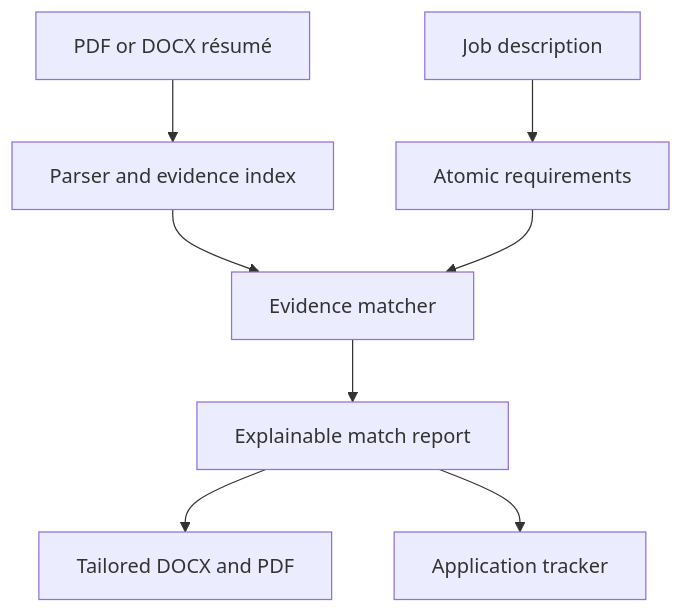
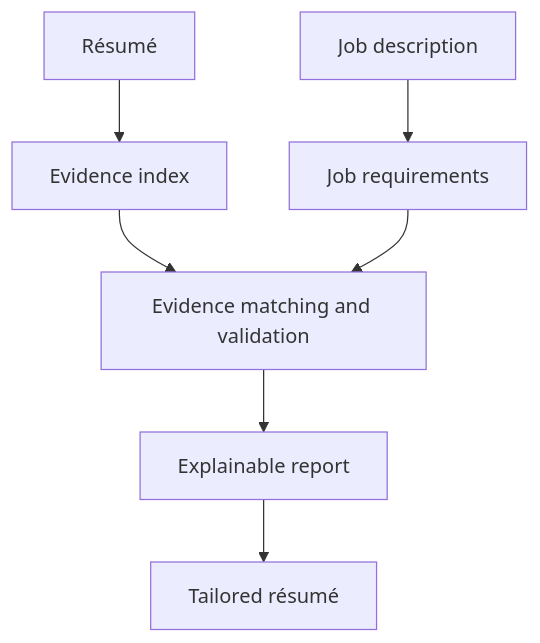
One commit to shroB97/Hiresense-AI changed the diagram in README.md. Above: the diagram before and after it, drawn with Mermaid. The commit also changed other lines of this file and 1 other file, not shown here.

````diff
--- a/README.md
+++ b/README.md
@@ -61,10 +68,9 @@
 ```mermaid
 flowchart TD
-    A[PDF or DOCX résumé] --> B[Parser and evidence index]
-    C[Job description] --> D[Atomic requirements]
-    B --> E[Evidence matcher]
+    A[Résumé] --> C[Evidence index]
+    B[Job description] --> D[Job requirements]
+    C --> E[Evidence matching and validation]
     D --> E
-    E --> F[Explainable match report]
-    F --> G[Tailored DOCX and PDF]
-    F --> H[Application tracker]
+    E --> F[Explainable report]
+    F --> G[Tailored résumé]
 ```
````
